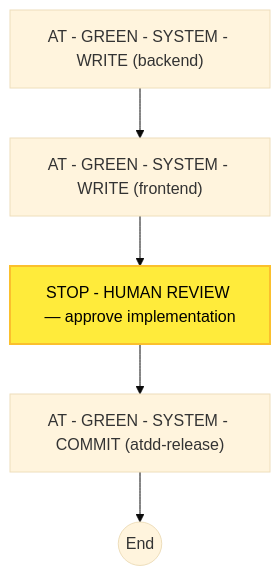
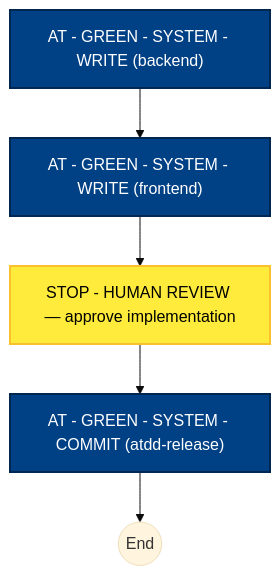
The sixth of 11 diagrams in docs/process-diagram.md (optivem/gh-optivem), drawn with Mermaid (base theme) before and after one commit. The commit also changed other lines of this file and 23 other files, not shown here.

````diff
--- a/docs/process-diagram.md
+++ b/docs/process-diagram.md
@@ -141,16 +153,19 @@
 ```mermaid
 flowchart TD
     ATDD_BACKEND["AT - GREEN - SYSTEM - WRITE (backend)"]
     ATDD_FRONTEND["AT - GREEN - SYSTEM - WRITE (frontend)"]
     ATDD_RELEASE["AT - GREEN - SYSTEM - COMMIT (atdd-release)"]
     GS_END((End))
     STOP_GREEN_REVIEW[STOP - HUMAN REVIEW — approve implementation]
 
     ATDD_BACKEND --> ATDD_FRONTEND
     ATDD_FRONTEND --> STOP_GREEN_REVIEW
     STOP_GREEN_REVIEW --> ATDD_RELEASE
     ATDD_RELEASE --> GS_END
 
-    classDef humanReviewNode fill:#ffeb3b,stroke:#fbc02d,stroke-width:2px,color:#000
-    class STOP_GREEN_REVIEW humanReviewNode
+    classDef agentNode fill:#004085,stroke:#002752,stroke-width:2px,color:#ffffff
+    class ATDD_BACKEND,ATDD_FRONTEND,ATDD_RELEASE agentNode
+
+    classDef humanNode fill:#ffeb3b,stroke:#fbc02d,stroke-width:2px,color:#000000
+    class STOP_GREEN_REVIEW humanNode
 ```
````
